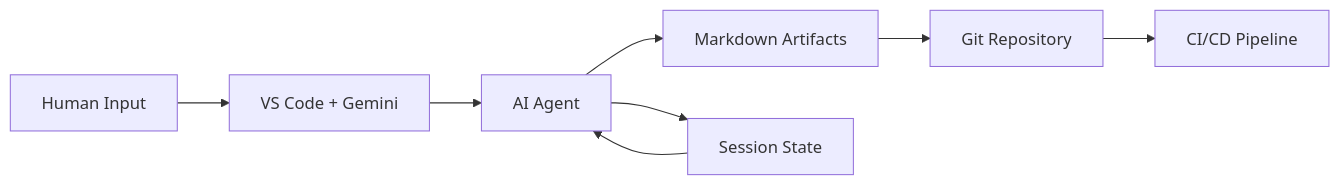
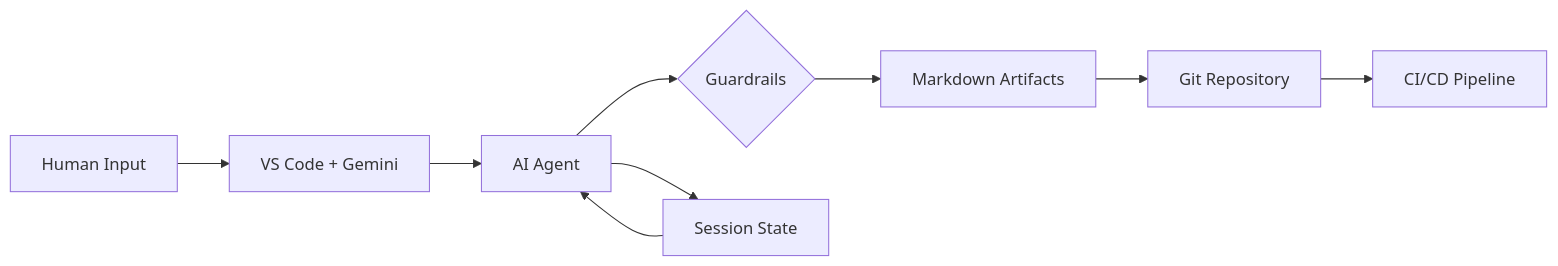
The diagram in 00_Introduction/presentation_deck_v2.md (coffeedrnkr/AISDLC), drawn with Mermaid before and after one commit. The commit also changed other lines of this file, not shown here.

````diff
--- a/00_Introduction/presentation_deck_v2.md
+++ b/00_Introduction/presentation_deck_v2.md
@@ -49,10 +59,11 @@
 ```mermaid
 flowchart LR
     A[Human Input] --> B[VS Code + Gemini]
     B --> C[AI Agent]
-    C --> D[Markdown Artifacts]
-    D --> E[Git Repository]
-    E --> F[CI/CD Pipeline]
-    C --> G[Session State]
-    G --> C
+    C --> D{Guardrails}
+    D --> E[Markdown Artifacts]
+    E --> F[Git Repository]
+    F --> G[CI/CD Pipeline]
+    C --> H[Session State]
+    H --> C
 ```
````
